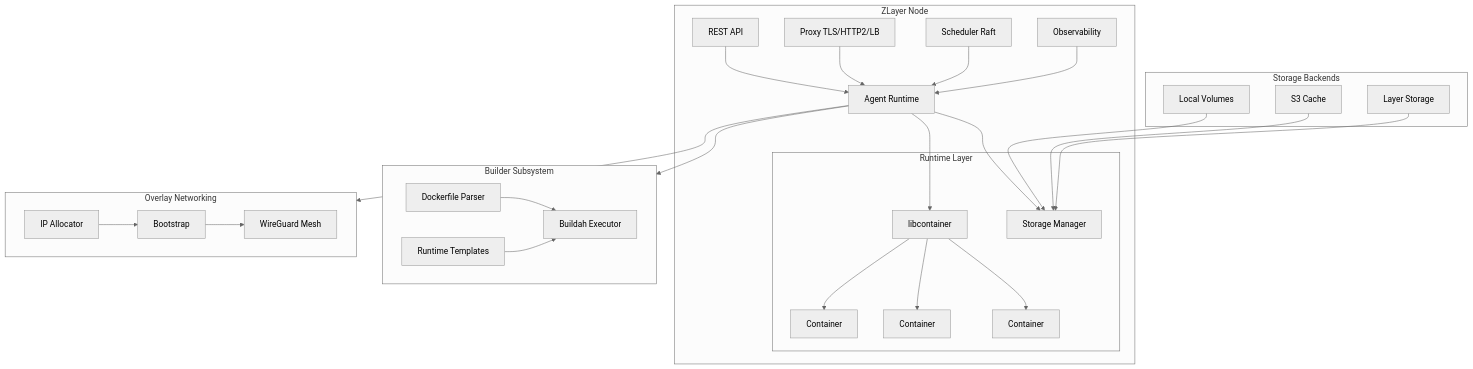
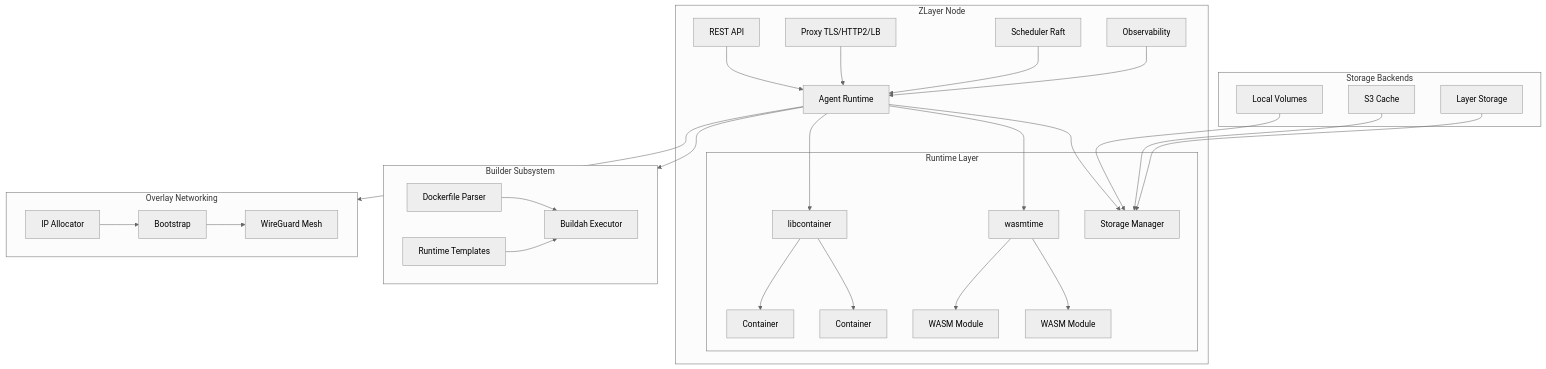
Before and after one commit to BlackLeafDigital/ZLayer: the diagram in README.md, drawn with Mermaid (neutral theme). The commit also changed other lines of this file and 119 other files, not shown here.

````diff
--- a/README.md
+++ b/README.md
@@ -38,53 +40,56 @@
 ```mermaid
 graph TB
     subgraph Node[ZLayer Node]
         API[REST API]
         Proxy[Proxy TLS/HTTP2/LB]
         Agent[Agent Runtime]
         Scheduler[Scheduler Raft]
         Obs[Observability]
 
         API --> Agent
         Proxy --> Agent
         Scheduler --> Agent
         Obs --> Agent
 
         subgraph Runtime[Runtime Layer]
             LC[libcontainer]
+            WT[wasmtime]
             SM[Storage Manager]
             LC --> C1[Container]
             LC --> C2[Container]
-            LC --> C3[Container]
+            WT --> W1[WASM Module]
+            WT --> W2[WASM Module]
         end
 
         Agent --> LC
+        Agent --> WT
         Agent --> SM
     end
 
     subgraph Builder[Builder Subsystem]
         DF[Dockerfile Parser]
         BA[Buildah Executor]
         RT[Runtime Templates]
         DF --> BA
         RT --> BA
     end
 
     subgraph Overlay[Overlay Networking]
         IP[IP Allocator]
         Boot[Bootstrap]
         WG[WireGuard Mesh]
         IP --> Boot --> WG
     end
 
     subgraph Storage[Storage Backends]
         LV[Local Volumes]
         S3C[S3 Cache]
         LS[Layer Storage]
         LV --> SM
         S3C --> SM
         LS --> SM
     end
 
     Agent --> Builder
     Agent --> Overlay
 ```
````
